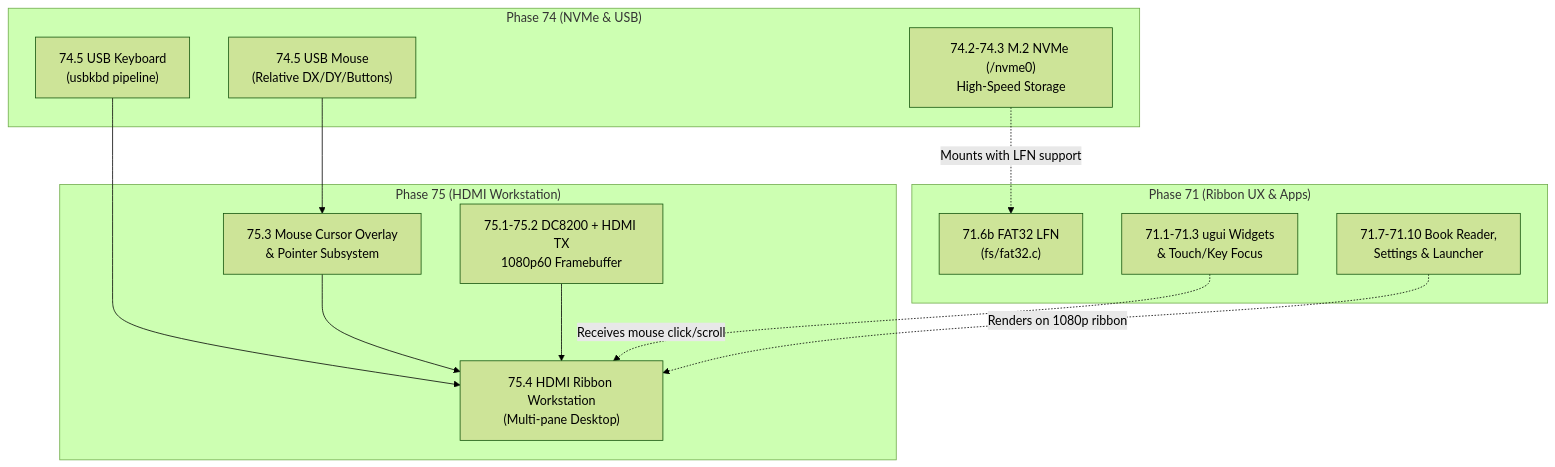
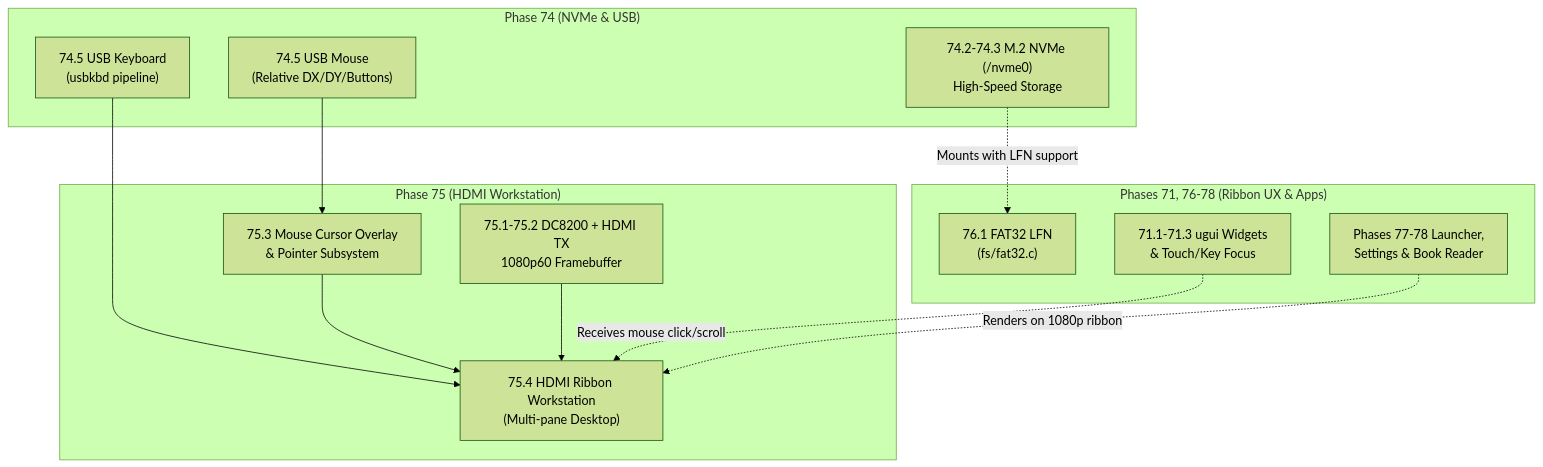
The first of 2 diagrams in plan/phase75_visionfive2_hdmi_ribbon.md (domschl/LugalOS), drawn with Mermaid (forest theme) before and after one commit. The commit also changed other lines of this file and 11 other files, not shown here.

````diff
--- a/plan/phase75_visionfive2_hdmi_ribbon.md
+++ b/plan/phase75_visionfive2_hdmi_ribbon.md
@@ -67,28 +67,28 @@
 ```mermaid
 flowchart TD
-    subgraph P71 ["Phase 71 (Ribbon UX & Apps)"]
-        P71_LFN["71.6b FAT32 LFN\n(fs/fat32.c)"]
+    subgraph P71 ["Phases 71, 76-78 (Ribbon UX & Apps)"]
+        P71_LFN["76.1 FAT32 LFN\n(fs/fat32.c)"]
         P71_UGUI["71.1-71.3 ugui Widgets\n& Touch/Key Focus"]
-        P71_APPS["71.7-71.10 Book Reader,\nSettings & Launcher"]
+        P71_APPS["Phases 77-78 Launcher,\nSettings & Book Reader"]
     end
 
     subgraph P74 ["Phase 74 (NVMe & USB)"]
         P74_NVME["74.2-74.3 M.2 NVMe (/nvme0)\nHigh-Speed Storage"]
         P74_KBD["74.5 USB Keyboard\n(usbkbd pipeline)"]
         P74_MOUSE["74.5 USB Mouse\n(Relative DX/DY/Buttons)"]
     end
 
     subgraph P75 ["Phase 75 (HDMI Workstation)"]
         P75_HDMI["75.1-75.2 DC8200 + HDMI TX\n1080p60 Framebuffer"]
         P75_CURSOR["75.3 Mouse Cursor Overlay\n& Pointer Subsystem"]
         P75_RIBBON["75.4 HDMI Ribbon Workstation\n(Multi-pane Desktop)"]
     end
 
     P74_NVME -. "Mounts with LFN support" .-> P71_LFN
     P74_MOUSE --> P75_CURSOR
     P74_KBD --> P75_RIBBON
     P75_CURSOR --> P75_RIBBON
     P75_HDMI --> P75_RIBBON
     P71_UGUI -. "Receives mouse click/scroll" .-> P75_RIBBON
     P71_APPS -. "Renders on 1080p ribbon" .-> P75_RIBBON
 ```
````
